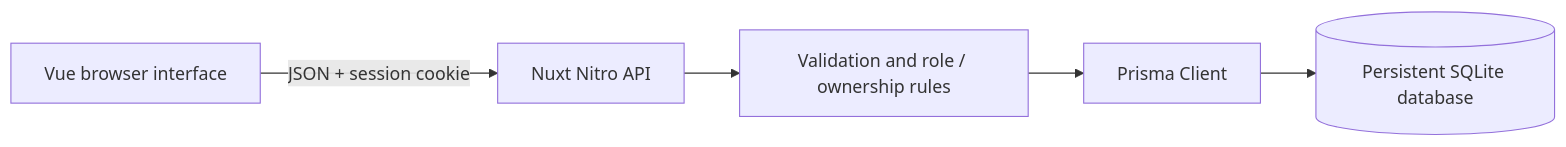
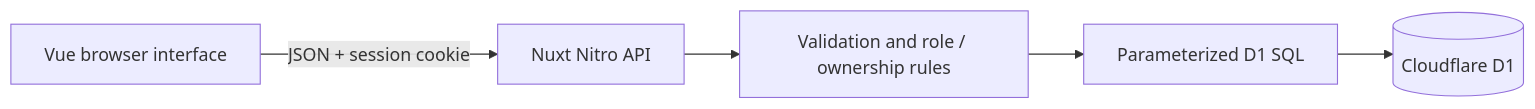
The first of 2 diagrams in docs/architecture.md (timtop/campus-fix), drawn with Mermaid before and after one commit. The commit also changed other lines of this file and 51 other files, not shown here.

````diff
--- a/docs/architecture.md
+++ b/docs/architecture.md
@@ -5,7 +5,7 @@
 ```mermaid
 flowchart LR
  Browser[Vue browser interface] -->|JSON + session cookie| Nitro[Nuxt Nitro API]
  Nitro --> Policy[Validation and role / ownership rules]
- Policy --> Prisma[Prisma Client]
- Prisma --> SQLite[(Persistent SQLite database)]
+ Policy --> Prisma[Parameterized D1 SQL]
+ Prisma --> SQLite[(Cloudflare D1)]
 ```
````
